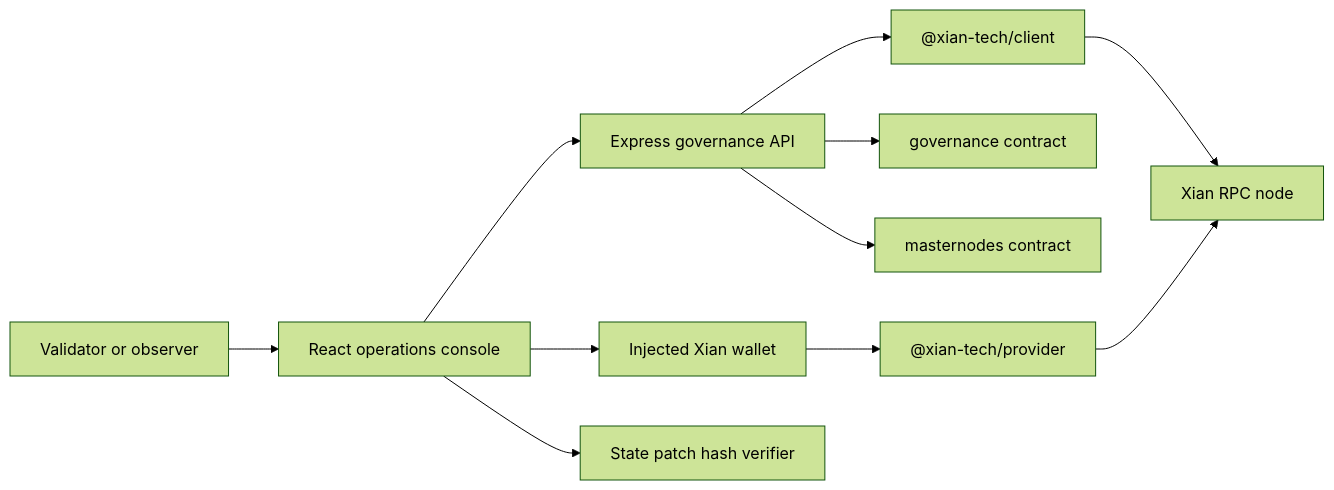
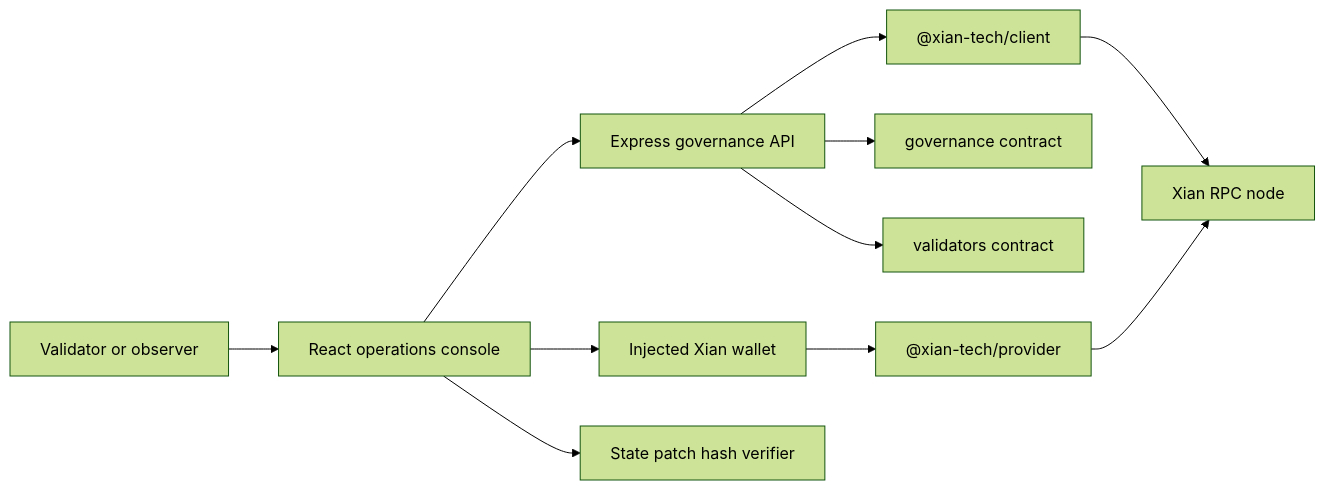
The diagram in README.md (xian-technology/xian-governance-web), drawn with Mermaid (forest theme) before and after one commit. The commit also changed other lines of this file and 11 other files, not shown here.

````diff
--- a/README.md
+++ b/README.md
@@ -17,13 +17,13 @@
 ```mermaid
 flowchart LR
   Validator["Validator or observer"] --> React["React operations console"]
   React --> API["Express governance API"]
   API --> Client["@xian-tech/client"]
   Client --> Node["Xian RPC node"]
   React --> Wallet["Injected Xian wallet"]
   Wallet --> Provider["@xian-tech/provider"]
   Provider --> Node
   API --> Protocol["governance contract"]
-  API --> Membership["masternodes contract"]
+  API --> Membership["validators contract"]
   React --> Hash["State patch hash verifier"]
 ```
````
